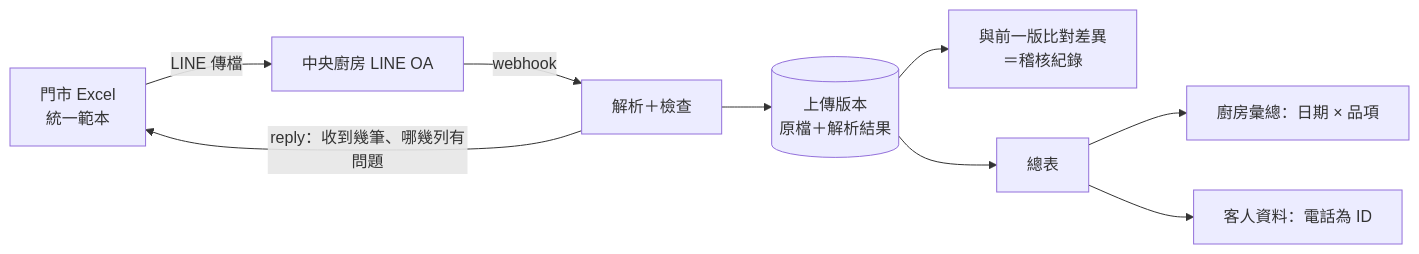
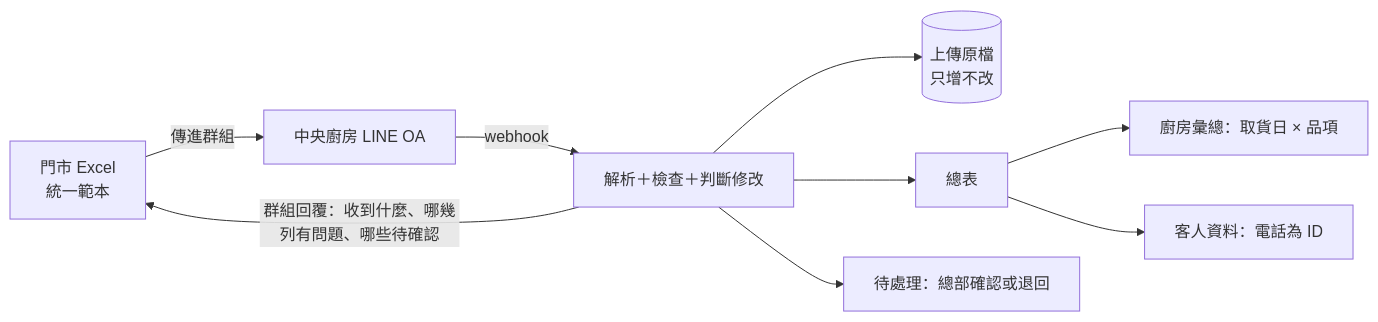
The diagram in docs/requirements/requirements.md (jtsaich/aifian-takehome), drawn with Mermaid before and after one commit. The commit also changed other lines of this file and 4 other files, not shown here.

````diff
--- a/docs/requirements/requirements.md
+++ b/docs/requirements/requirements.md
@@ -24,11 +24,11 @@
 ```mermaid
 flowchart LR
-  S[門市 Excel<br/>統一範本] -->|LINE 傳檔| OA[中央廚房 LINE OA]
-  OA -->|webhook| P[解析＋檢查]
-  P -->|reply：收到幾筆、哪幾列有問題| S
-  P --> V[(上傳版本<br/>原檔＋解析結果)]
-  V --> D[與前一版比對差異<br/>＝稽核紀錄]
-  V --> M[總表]
-  M --> K[廚房彙總：日期 × 品項]
+  S[門市 Excel<br/>統一範本] -->|傳進群組| OA[中央廚房 LINE OA]
+  OA -->|webhook| P[解析＋檢查＋判斷修改]
+  P -->|群組回覆：收到什麼、哪幾列有問題、哪些待確認| S
+  P --> U[(上傳原檔<br/>只增不改)]
+  P --> M[總表]
+  M --> K[廚房彙總：取貨日 × 品項]
   M --> C[客人資料：電話為 ID]
+  P --> R[待處理：總部確認或退回]
 ```
````
